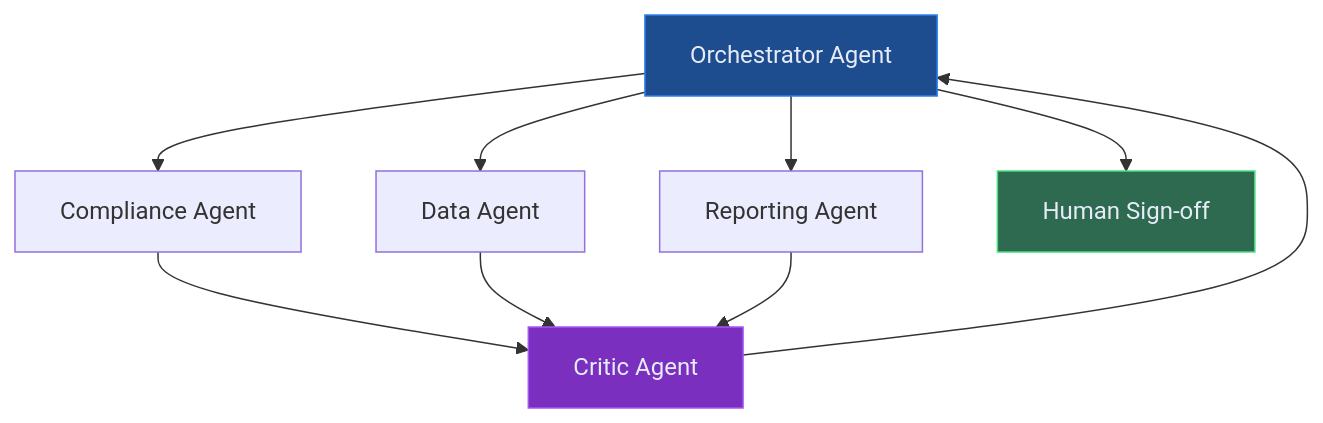
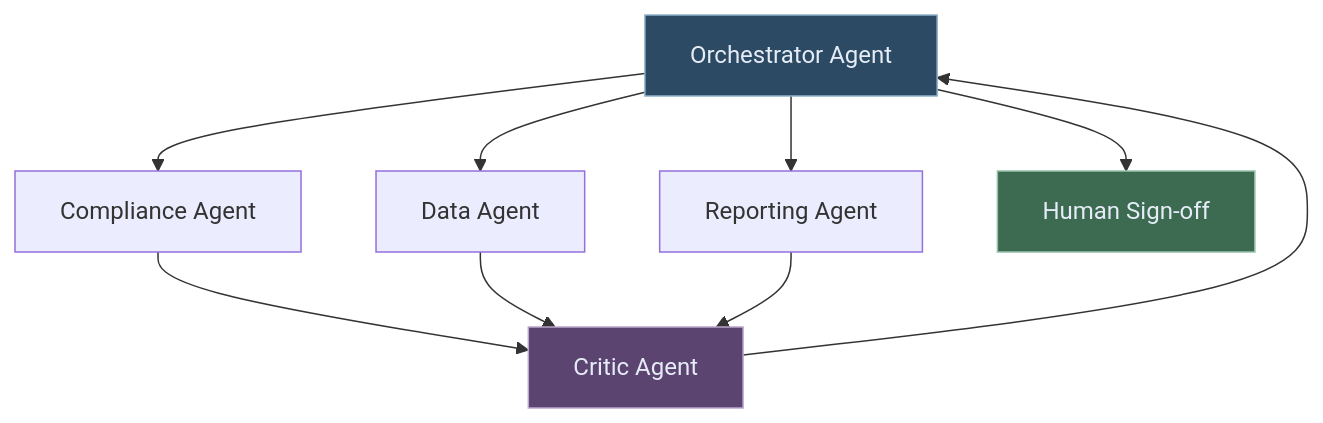
One commit to lorvexai/lorvexai changed the fourth of 7 diagrams in blog/agentic-ai-design-patterns.md. Above: the diagram before and after it, drawn with Mermaid. The commit also changed other lines of this file and 16 other files, not shown here.

First line of the commit message:
Retune hardcoded Mermaid node colors to match the site palette

````diff
--- a/blog/agentic-ai-design-patterns.md
+++ b/blog/agentic-ai-design-patterns.md
@@ -116,15 +116,15 @@
 ```mermaid
 flowchart TD
     O[Orchestrator Agent] --> C[Compliance Agent]
     O --> D[Data Agent]
     O --> R[Reporting Agent]
     C --> CR[Critic Agent]
     D --> CR
     R --> CR
     CR --> O
     O --> H[Human Sign-off]
 
-    style O fill:#1D4C8F,stroke:#2F80ED,color:#E6ECF7
-    style CR fill:#7B2FBE,stroke:#a855f7,color:#E6ECF7
-    style H fill:#2D6A4F,stroke:#4ade80,color:#E6ECF7
+    style O fill:#2C4A63,stroke:#8FB2CC,color:#E6ECF7
+    style CR fill:#5B4570,stroke:#BCA6CC,color:#E6ECF7
+    style H fill:#3D6B52,stroke:#95C2A8,color:#E6ECF7
 ```
````
